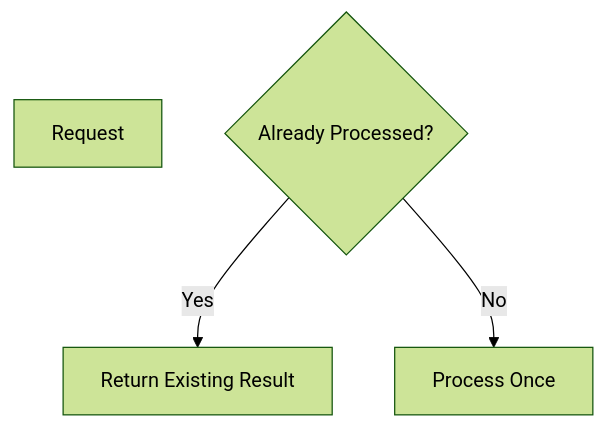
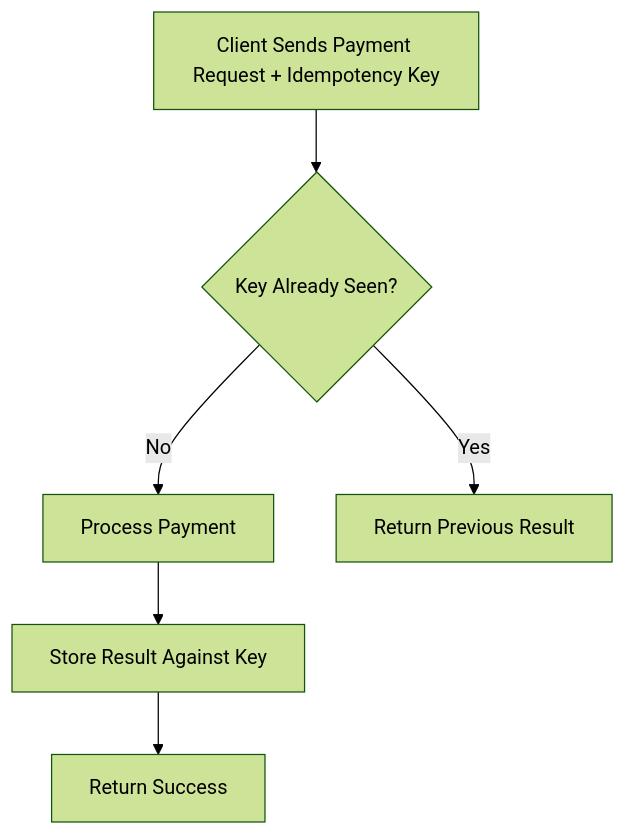
One commit to dbajajmnk/systemdesign changed the seventh of 12 diagrams in systemdesign/9. System Interfaces and API Design/Concept.md. Above: the diagram before and after it, drawn with Mermaid (forest theme). The commit also changed other lines of this file, not shown here.

````diff
--- a/systemdesign/9. System Interfaces and API Design/Concept.md
+++ b/systemdesign/9. System Interfaces and API Design/Concept.md
@@ -170,8 +211,8 @@
 ```mermaid
 flowchart TD
-    A[Request]
-    B{Already Processed?}
-
-    B -- Yes --> C[Return Existing Result]
-    B -- No --> D[Process Once]
+    A[Client Sends Payment Request + Idempotency Key] --> B{Key Already Seen?}
+    B -- No --> C[Process Payment]
+    C --> D[Store Result Against Key]
+    D --> E[Return Success]
+    B -- Yes --> F[Return Previous Result]
 ```
````
